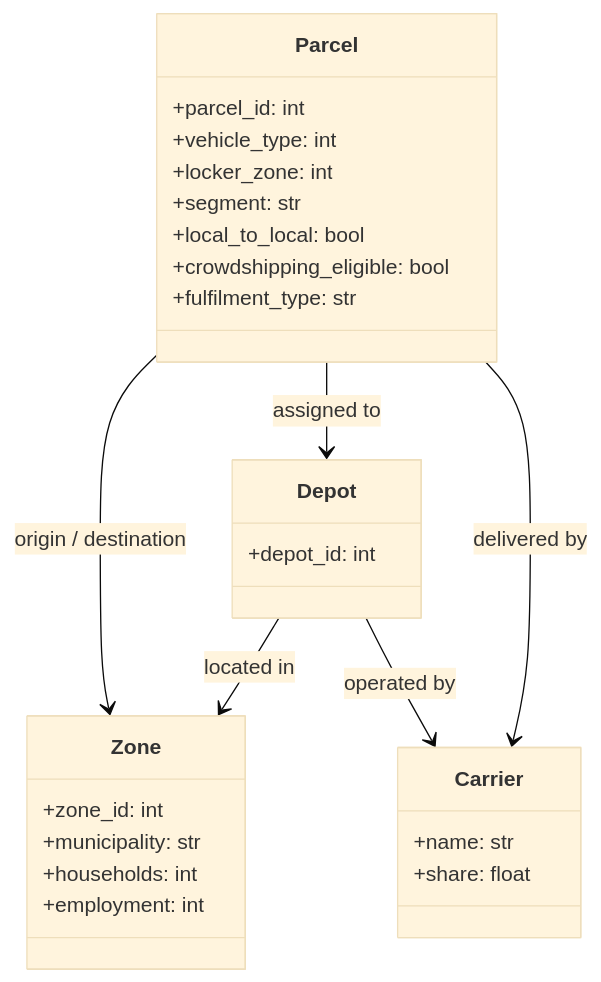
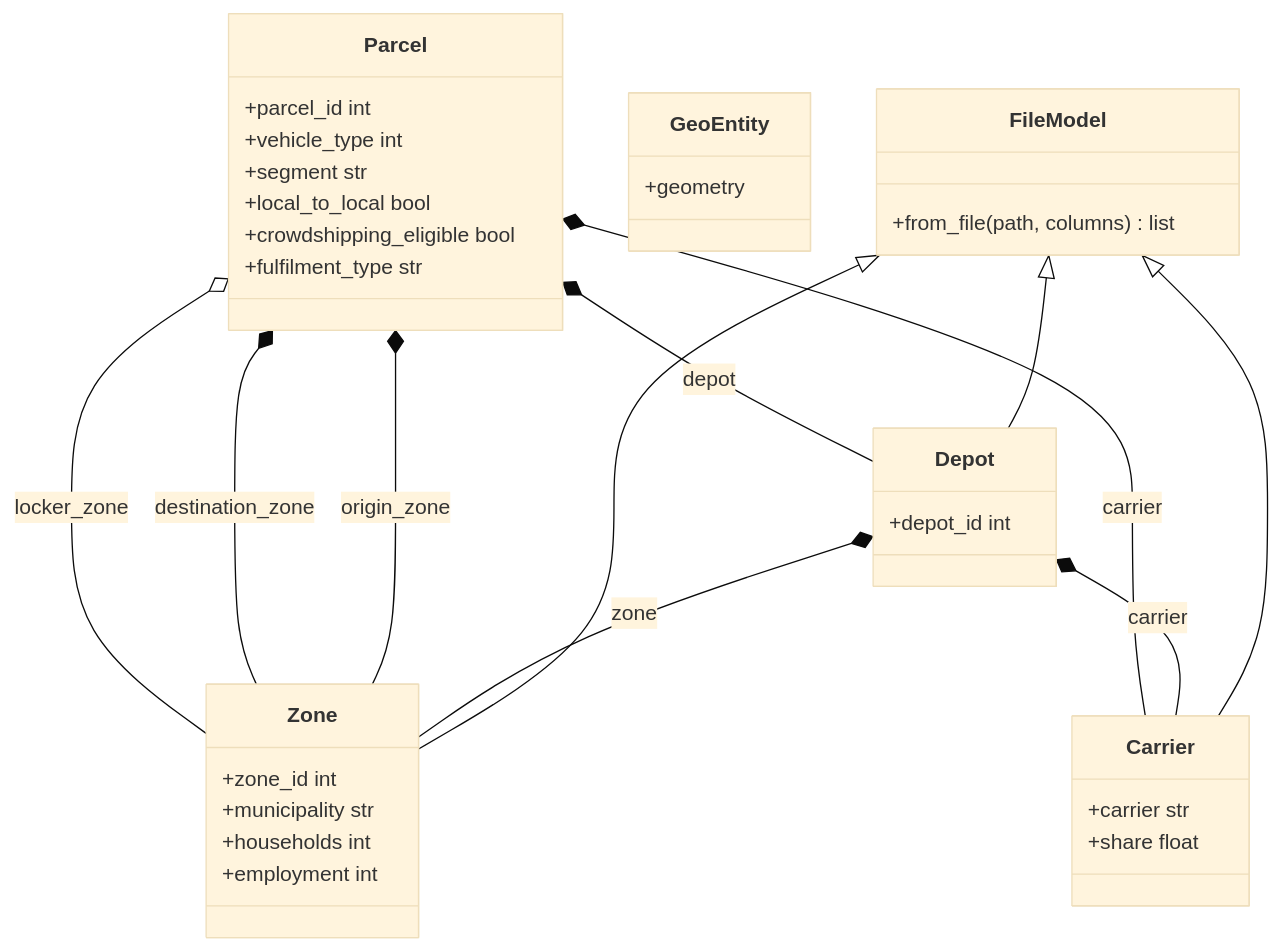
One commit to hcubasd/urban-dollop changed the diagram in README.md. Above: the diagram before and after it, drawn with Mermaid (base theme). The commit also changed other lines of this file and 2 other files, not shown here.

Commit message:
Make domain models fully nested
Depot now holds Zone and Carrier objects instead of primitive IDs.
Parcel now holds Zone (origin, destination, optional locker), Depot,
and Carrier objects instead of int/str foreign keys.

Depot.from_file() takes zones and carriers lists to resolve references
at load time, skipping depots whose carrier is not in the active list.

README diagram updated with correct arrow types: <|-- for inheritance,
*-- for composition, o-- for optional association.

````diff
--- a/README.md
+++ b/README.md
@@ -13,34 +18,48 @@
 ```mermaid
 classDiagram
+    class FileModel {
+        +from_file(path, columns) list
+    }
+
+    class GeoEntity {
+        +geometry
+    }
+
     class Zone {
-        +zone_id: int
-        +municipality: str
-        +households: int
-        +employment: int
+        +zone_id int
+        +municipality str
+        +households int
+        +employment int
+    }
+
+    class Carrier {
+        +carrier str
+        +share float
     }
 
     class Depot {
-        +depot_id: int
-    }
-
-    class Carrier {
-        +name: str
-        +share: float
+        +depot_id int
     }
 
     class Parcel {
-        +parcel_id: int
-        +vehicle_type: int
-        +locker_zone: int
-        +segment: str
-        +local_to_local: bool
-        +crowdshipping_eligible: bool
-        +fulfilment_type: str
+        +parcel_id int
+        +vehicle_type int
+        +segment str
+        +local_to_local bool
+        +crowdshipping_eligible bool
+        +fulfilment_type str
     }
 
-    Depot --> Zone : located in
-    Depot --> Carrier : operated by
-    Parcel --> Zone : origin / destination
-    Parcel --> Depot : assigned to
-    Parcel --> Carrier : delivered by
+    FileModel <|-- Zone
+    FileModel <|-- Depot
+    FileModel <|-- Carrier
+
+    Depot *-- Zone : zone
+    Depot *-- Carrier : carrier
+
+    Parcel *-- Zone : origin_zone
+    Parcel *-- Zone : destination_zone
+    Parcel o-- Zone : locker_zone
+    Parcel *-- Depot : depot
+    Parcel *-- Carrier : carrier
 ```
````
